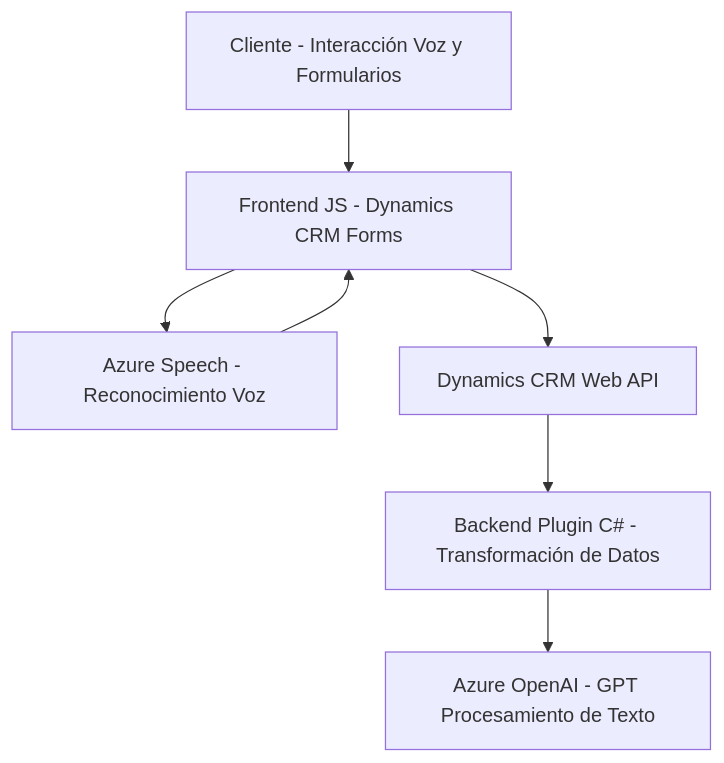
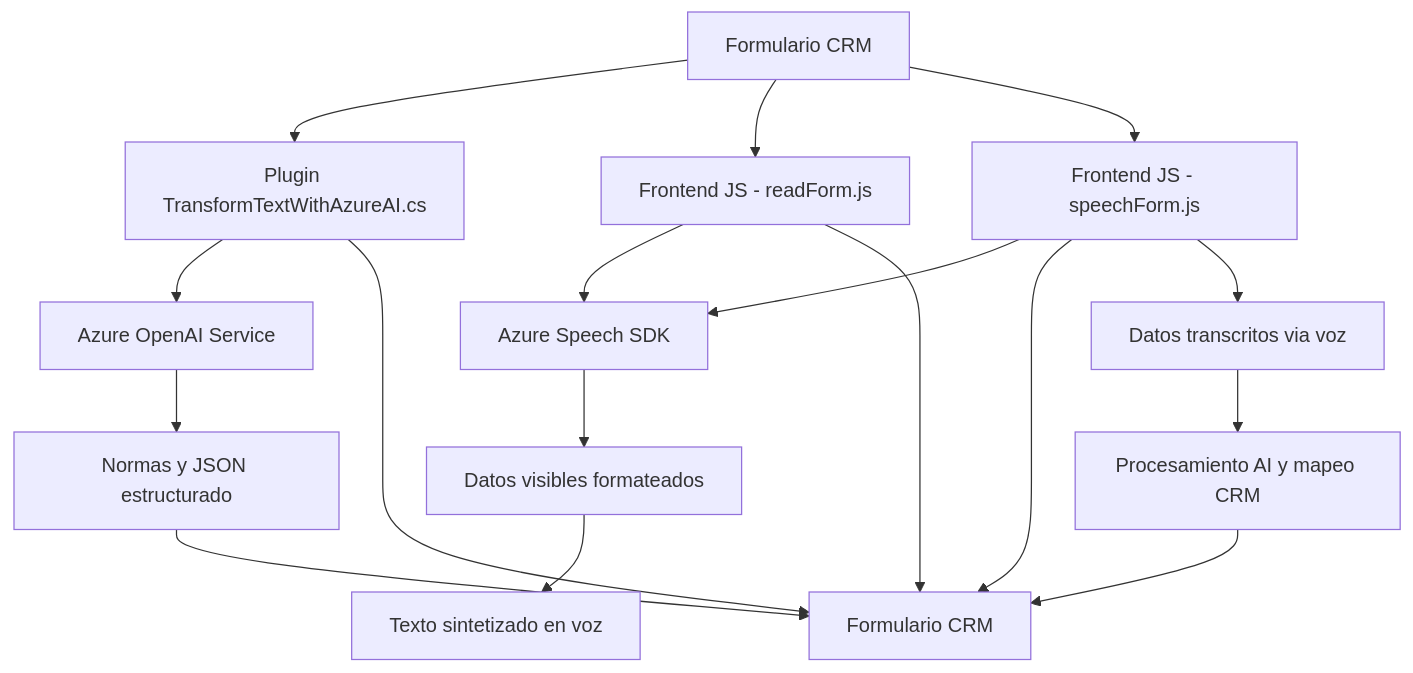
Before and after one commit to blopezdm/NETCORE_BILBAO2025: the diagram in README.md, drawn with Mermaid. The commit also changed other lines of this file, not shown here.

````diff
--- a/README.md
+++ b/README.md
@@ -51,16 +44,22 @@
 ```mermaid
 graph TD
-    A["Cliente - Interacción Voz y Formularios"]
-    B["Frontend JS - Dynamics CRM Forms"]
-    C["Azure Speech - Reconocimiento Voz"]
-    D["Azure OpenAI - GPT Procesamiento de Texto"]
-    E["Backend Plugin C# - Transformación de Datos"]
-    F["Dynamics CRM Web API"]
-    
-    A --> B
-    B --> C
-    C --> B
-    B --> F
-    F --> E
-    E --> D
+    A["Frontend JS - readForm.js"] --> B["Azure Speech SDK"]
+    A --> C["Formulario CRM"]
+    B --> D["Datos visibles formateados"]
+    D --> E["Texto sintetizado en voz"]
+
+    F["Frontend JS - speechForm.js"] --> B
+    F --> C
+    F --> G["Datos transcritos via voz"]
+    G --> H["Procesamiento AI y mapeo CRM"]
+    H --> C
+
+    I["Plugin TransformTextWithAzureAI.cs"] --> J["Azure OpenAI Service"]
+    I --> C
+    J --> K["Normas y JSON estructurado"]
+    K --> C
+
+    L["Formulario CRM"] --> I
+    L --> A
+    L --> F
 ```
````
